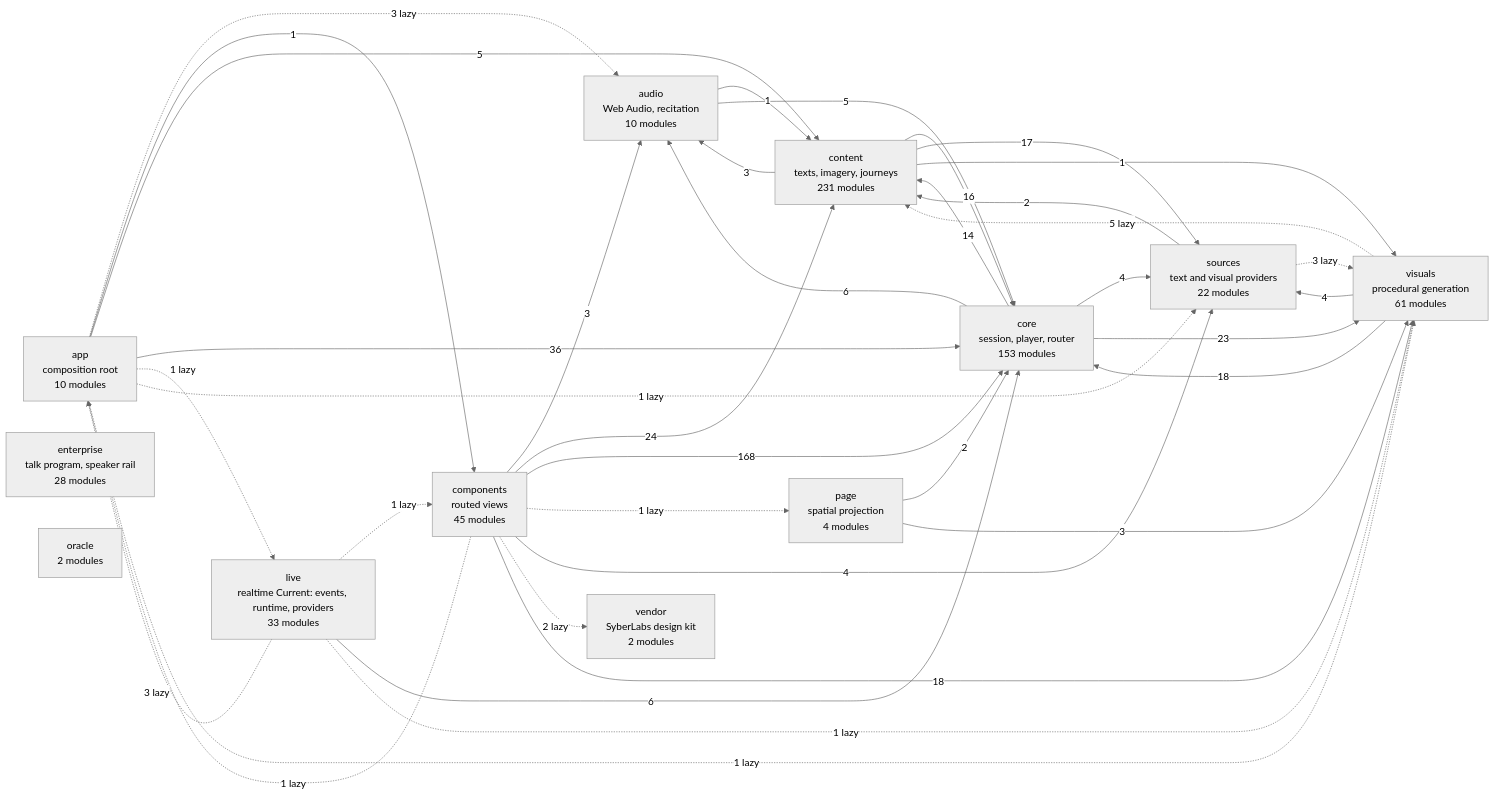
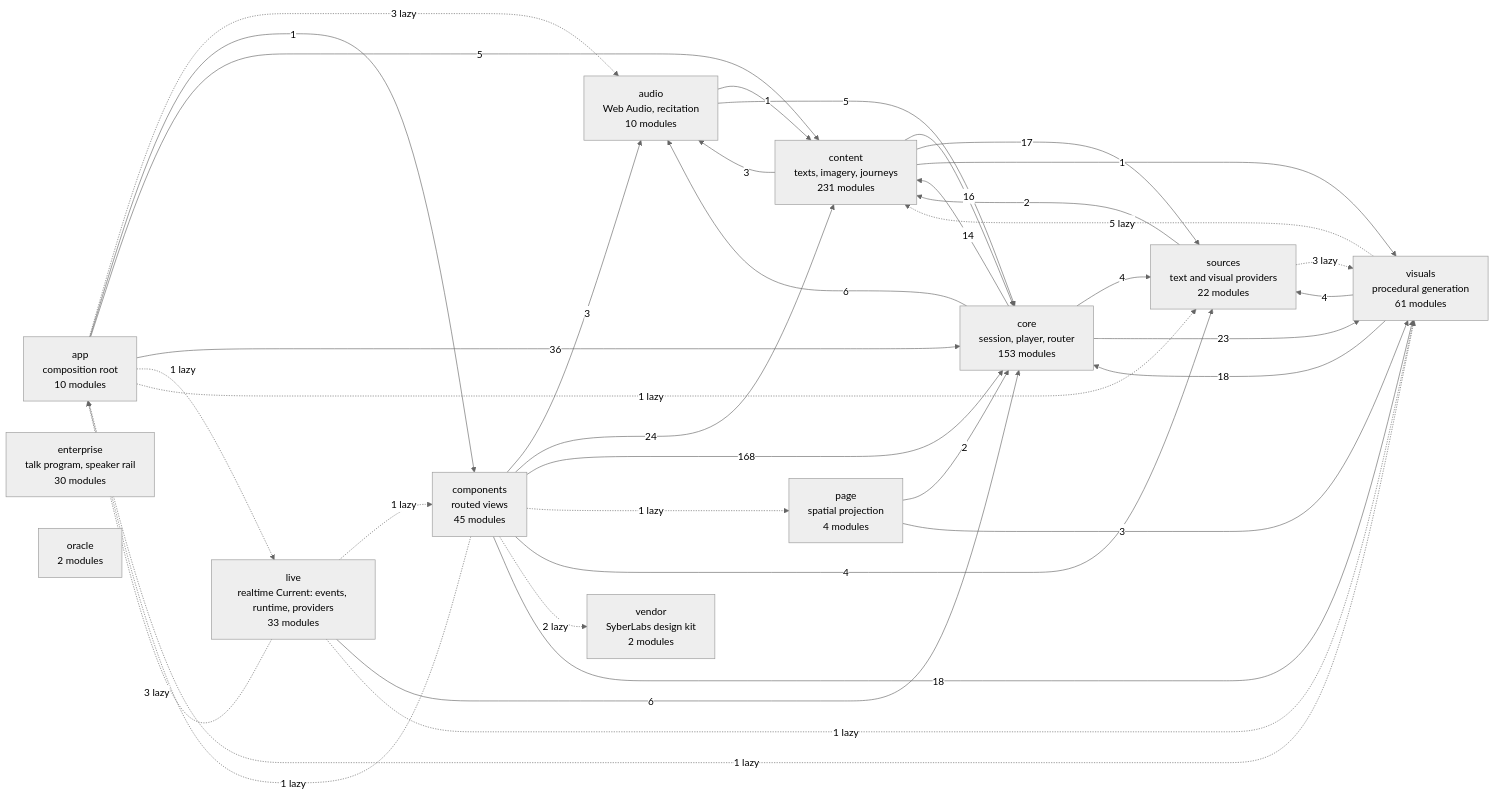
Before and after one commit to SyberLabs/RISE: the diagram in docs/specs/ARCHITECTURE.md, drawn with Mermaid (neutral theme). The commit also changed 8 other files, not shown here.

````diff
--- a/docs/specs/ARCHITECTURE.md
+++ b/docs/specs/ARCHITECTURE.md
@@ -160,52 +160,52 @@
 ```mermaid
 flowchart LR
     app["app<br/>composition root<br/>10 modules"]
     audio["audio<br/>Web Audio, recitation<br/>10 modules"]
     components["components<br/>routed views<br/>45 modules"]
     content["content<br/>texts, imagery, journeys<br/>231 modules"]
     core["core<br/>session, player, router<br/>153 modules"]
-    enterprise["enterprise<br/>talk program, speaker rail<br/>28 modules"]
+    enterprise["enterprise<br/>talk program, speaker rail<br/>30 modules"]
     live["live<br/>realtime Current: events, runtime, providers<br/>33 modules"]
     oracle["oracle<br/>2 modules"]
     page["page<br/>spatial projection<br/>4 modules"]
     sources["sources<br/>text and visual providers<br/>22 modules"]
     vendor["vendor<br/>SyberLabs design kit<br/>2 modules"]
     visuals["visuals<br/>procedural generation<br/>61 modules"]
 
     app -.-> |3 lazy| audio
     app --> |1| components
     app --> |5| content
     app --> |36| core
     app -.-> |1 lazy| live
     app -.-> |1 lazy| sources
     app -.-> |1 lazy| visuals
     audio --> |1| content
     audio --> |5| core
     components -.-> |1 lazy| app
     components --> |3| audio
     components --> |24| content
     components --> |168| core
     components -.-> |1 lazy| page
     components --> |4| sources
     components -.-> |2 lazy| vendor
     components --> |18| visuals
     content --> |3| audio
     content --> |16| core
     content --> |17| sources
     content --> |1| visuals
     core --> |6| audio
     core --> |14| content
     core --> |4| sources
     core --> |23| visuals
     live -.-> |3 lazy| app
     live -.-> |1 lazy| components
     live --> |6| core
     live -.-> |1 lazy| visuals
     page --> |2| core
     page --> |3| visuals
     sources --> |2| content
     sources -.-> |3 lazy| visuals
     visuals -.-> |5 lazy| content
     visuals --> |18| core
     visuals --> |4| sources
 ```
````
